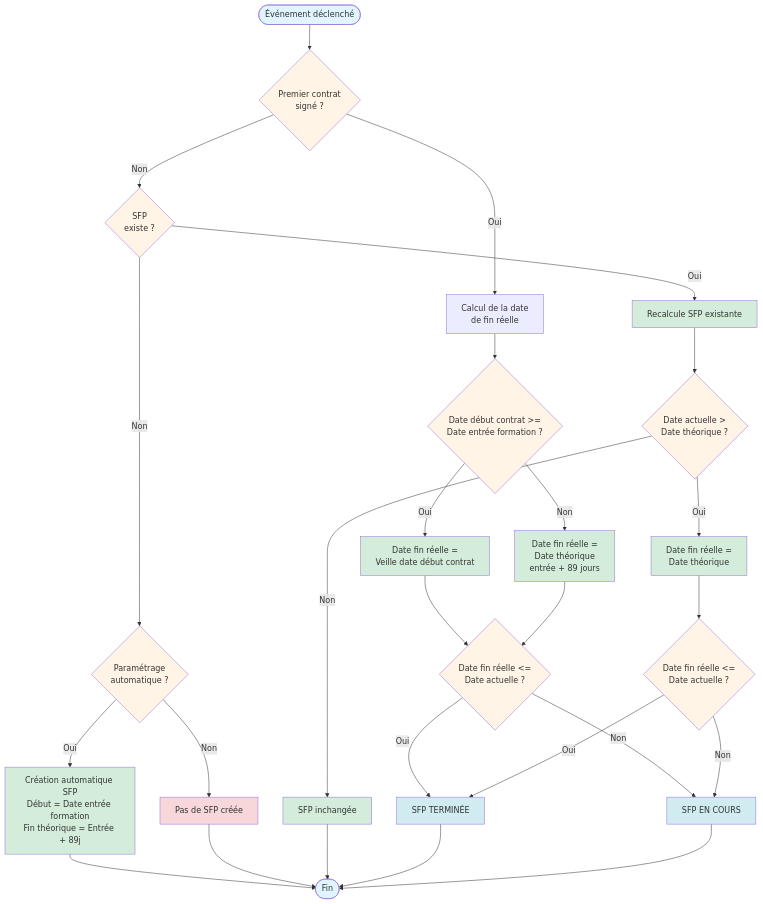
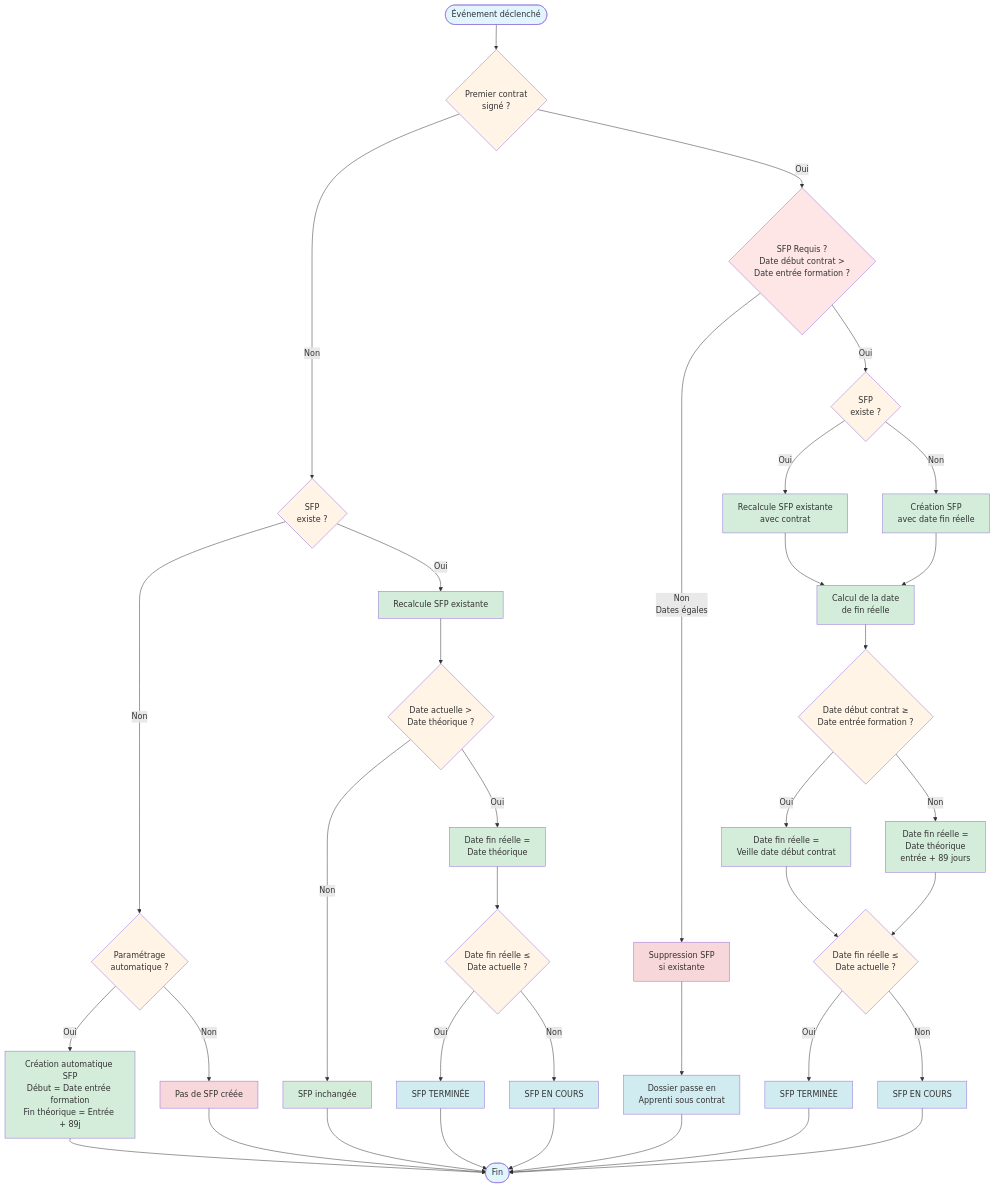
The diagram in documentations/dossier-formation/06-fonctionnement-sfp.md (rtssolutions/documentation), drawn with Mermaid before and after one commit. The commit also changed other lines of this file, not shown here.

````diff
--- a/documentations/dossier-formation/06-fonctionnement-sfp.md
+++ b/documentations/dossier-formation/06-fonctionnement-sfp.md
@@ -27,55 +27,81 @@
 ```mermaid
 flowchart TD
     Start([Événement déclenché]) --> CheckContrat{Premier contrat<br/>signé ?}
-    
-    CheckContrat -->|Oui| CalculDateReelle[Calcul de la date<br/>de fin réelle]
+
+%% Branche SANS contrat signé
     CheckContrat -->|Non| CheckSFPExiste{SFP<br/>existe ?}
-    
-    CalculDateReelle --> CheckDateContrat{Date début contrat >=<br/>Date entrée formation ?}
-    CheckDateContrat -->|Oui| SetDateFinReelle[Date fin réelle =<br/>Veille date début contrat]
-    CheckDateContrat -->|Non| SetDateFinTheorique[Date fin réelle =<br/>Date théorique<br/>entrée + 89 jours]
-    
     CheckSFPExiste -->|Non| CheckParametrage{Paramétrage<br/>automatique ?}
-    CheckSFPExiste -->|Oui| RecalculeSFP[Recalcule SFP existante]
-    
     CheckParametrage -->|Oui| CreateSFP[Création automatique SFP<br/>Début = Date entrée formation<br/>Fin théorique = Entrée + 89j]
     CheckParametrage -->|Non| NoSFP[Pas de SFP créée]
-    
+
+    CheckSFPExiste -->|Oui| RecalculeSFP[Recalcule SFP existante]
     RecalculeSFP --> CheckDateTheorique{Date actuelle ><br/>Date théorique ?}
-    CheckDateTheorique -->|Oui| SetDateFinAutomatique[Date fin réelle =<br/>Date théorique]
+    CheckDateTheorique -->|Oui| SetDateFinTheorique2[Date fin réelle =<br/>Date théorique]
     CheckDateTheorique -->|Non| KeepSFP[SFP inchangée]
-    
-    SetDateFinReelle --> CheckTerminee{Date fin réelle <=<br/>Date actuelle ?}
-    SetDateFinTheorique --> CheckTerminee
-    SetDateFinAutomatique --> CheckTerminee2{Date fin réelle <=<br/>Date actuelle ?}
-    
-    CheckTerminee -->|Oui| SFPTerminee[SFP TERMINÉE]
-    CheckTerminee -->|Non| SFPEnCours[SFP EN COURS]
-    CheckTerminee2 -->|Oui| SFPTerminee
-    CheckTerminee2 -->|Non| SFPEnCours
-    
-    CreateSFP --> End([Fin])
-    NoSFP --> End
-    KeepSFP --> End
-    SFPTerminee --> End
-    SFPEnCours --> End
-    
-    style Start fill:#e1f5ff
-    style End fill:#e1f5ff
-    style CheckContrat fill:#fff4e6
-    style CheckSFPExiste fill:#fff4e6
-    style CheckParametrage fill:#fff4e6
-    style CheckDateContrat fill:#fff4e6
-    style CheckDateTheorique fill:#fff4e6
-    style CheckTerminee fill:#fff4e6
-    style CheckTerminee2 fill:#fff4e6
-    style CreateSFP fill:#d4edda
-    style RecalculeSFP fill:#d4edda
-    style SetDateFinReelle fill:#d4edda
-    style SetDateFinTheorique fill:#d4edda
-    style SetDateFinAutomatique fill:#d4edda
-    style KeepSFP fill:#d4edda
-    style SFPTerminee fill:#d1ecf1
-    style SFPEnCours fill:#d1ecf1
-    style NoSFP fill:#f8d7da
+
+    SetDateFinTheorique2 --> CheckTerminee2{Date fin réelle ≤<br/>Date actuelle ?}
+CheckTerminee2 -->|Oui| SFPTerminee2[SFP TERMINÉE]
+CheckTerminee2 -->|Non| SFPEnCours2[SFP EN COURS]
+
+%% Branche AVEC contrat signé
+CheckContrat -->|Oui| CheckSFPRequis{SFP Requis ?<br/>Date début contrat ><br/>Date entrée formation ?}
+
+CheckSFPRequis -->|Non<br/>Dates égales| DeleteSFP[Suppression SFP<br/>si existante]
+DeleteSFP --> ChangementEtat[Dossier passe en<br/>Apprenti sous contrat]
+
+CheckSFPRequis -->|Oui| CheckSFPExiste2{SFP<br/>existe ?}
+
+CheckSFPExiste2 -->|Oui| RecalculeSFPContrat[Recalcule SFP existante<br/>avec contrat]
+CheckSFPExiste2 -->|Non| CreateSFPContrat[Création SFP<br/>avec date fin réelle]
+
+RecalculeSFPContrat --> CalculDateReelle[Calcul de la date<br/>de fin réelle]
+CreateSFPContrat --> CalculDateReelle
+
+CalculDateReelle --> CheckDateContrat{Date début contrat ≥<br/>Date entrée formation ?}
+CheckDateContrat -->|Oui| SetDateFinReelle[Date fin réelle =<br/>Veille date début contrat]
+CheckDateContrat -->|Non| SetDateFinTheorique[Date fin réelle =<br/>Date théorique<br/>entrée + 89 jours]
+
+SetDateFinReelle --> CheckTerminee{Date fin réelle ≤<br/>Date actuelle ?}
+SetDateFinTheorique --> CheckTerminee
+CheckTerminee -->|Oui| SFPTerminee[SFP TERMINÉE]
+CheckTerminee -->|Non| SFPEnCours[SFP EN COURS]
+
+%% Convergence vers Fin
+CreateSFP --> End([Fin])
+NoSFP --> End
+KeepSFP --> End
+SFPTerminee2 --> End
+SFPEnCours2 --> End
+ChangementEtat --> End
+SFPTerminee --> End
+SFPEnCours --> End
+
+%% Styles
+style Start fill:#e1f5ff
+style End fill:#e1f5ff
+style CheckContrat fill:#fff4e6
+style CheckSFPExiste fill:#fff4e6
+style CheckSFPExiste2 fill:#fff4e6
+style CheckParametrage fill:#fff4e6
+style CheckDateContrat fill:#fff4e6
+style CheckDateTheorique fill:#fff4e6
+style CheckTerminee fill:#fff4e6
+style CheckTerminee2 fill:#fff4e6
+style CheckSFPRequis fill:#ffe6e6
+style CreateSFP fill:#d4edda
+style RecalculeSFP fill:#d4edda
+style RecalculeSFPContrat fill:#d4edda
+style CreateSFPContrat fill:#d4edda
+style CalculDateReelle fill:#d4edda
+style SetDateFinReelle fill:#d4edda
+style SetDateFinTheorique fill:#d4edda
+style SetDateFinTheorique2 fill:#d4edda
+style KeepSFP fill:#d4edda
+style DeleteSFP fill:#f8d7da
+style ChangementEtat fill:#d1ecf1
+style SFPTerminee fill:#d1ecf1
+style SFPEnCours fill:#d1ecf1
+style SFPTerminee2 fill:#d1ecf1
+style SFPEnCours2 fill:#d1ecf1
+style NoSFP fill:#f8d7da
 ```
````
